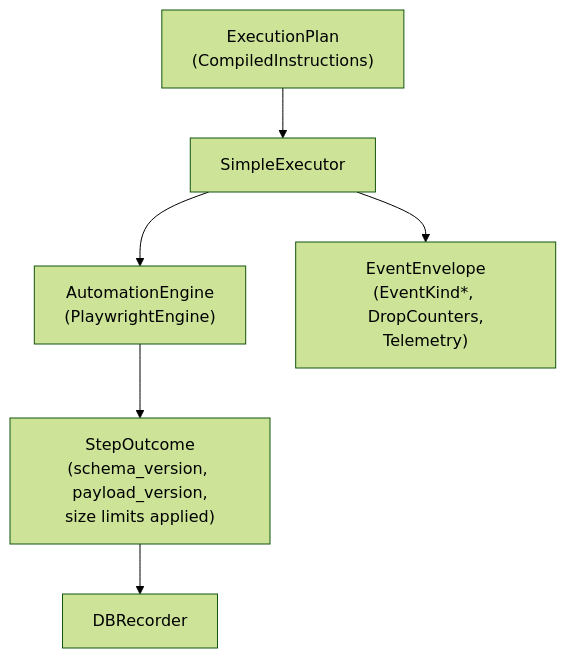
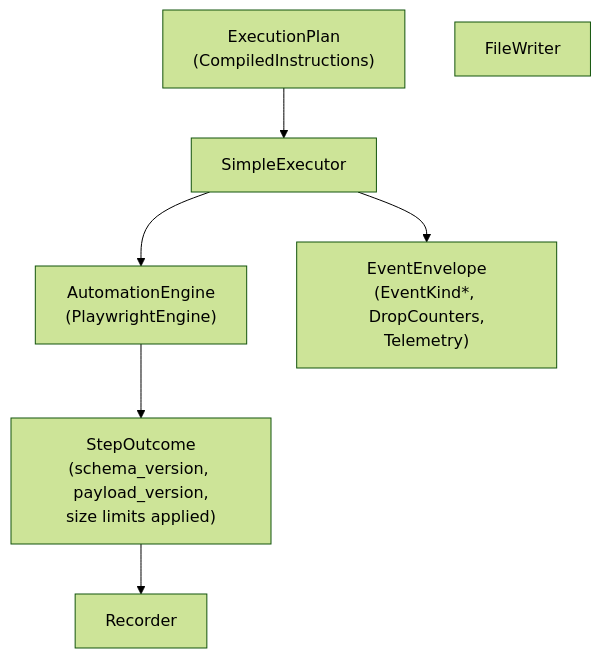
Before and after one commit to Vrooli/Vrooli: the diagram in scenarios/browser-automation-studio/api/automation/contracts/README.md, drawn with Mermaid (forest theme). The commit also changed 60 other files, not shown here.

````diff
--- a/scenarios/browser-automation-studio/api/automation/contracts/README.md
+++ b/scenarios/browser-automation-studio/api/automation/contracts/README.md
@@ -17,15 +17,15 @@
 ```mermaid
 flowchart TB
     Plan["ExecutionPlan\n(CompiledInstructions)"]
     Engine["AutomationEngine\n(PlaywrightEngine)"]
     Executor["SimpleExecutor"]
     Outcome["StepOutcome\n(schema_version, payload_version,\nsize limits applied)"]
-    Recorder["DBRecorder"]
+    Writer["FileWriter"]
     Events["EventEnvelope\n(EventKind*, DropCounters,\nTelemetry)"]
 
     Plan --> Executor
     Executor --> Engine
     Engine --> Outcome
     Outcome --> Recorder
     Executor --> Events
 ```
````
